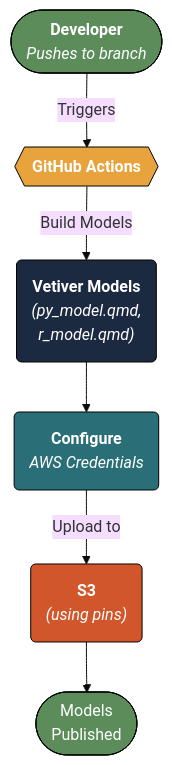
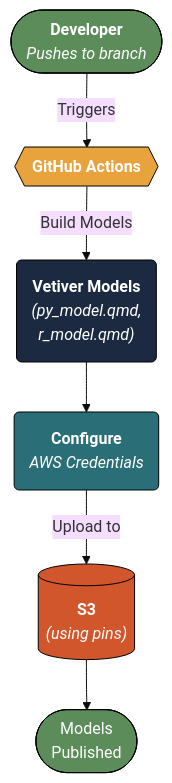
The first of 2 diagrams in gha-s3.qmd (mjfrigaard/do4ds-labs), drawn with Mermaid before and after one commit. The commit also changed 28 other files, not shown here.

Commit message:
updates to mermaids

````diff
--- a/gha-s3.qmd
+++ b/gha-s3.qmd
@@ -29,22 +29,22 @@
 ```{mermaid}
 %%| fig-cap: 'GitHub Actions Automated Deployment'
 %%| fig-width: 7.0
 %%| fig-align: 'center'
 %%{init: {'theme': 'base', 'themeVariables': {'fontFamily': 'monospace'}}}%%
 
 graph TD
     Push(["<strong>Developer</strong><br/><em>Pushes to branch</em>"]) 
     GHA{{"<strong>GitHub Actions</strong>"}}
     Push --Triggers--> GHA
     GHA --"Build Models"--> Build("<strong>Vetiver Models</strong><br/><em>(py_model.qmd, <br>r_model.qmd)</em>")
     Build --> Auth("<strong>Configure</strong><br><em>AWS Credentials</em>")
-    Auth --"Upload to"--> S3("<strong>S3</strong><br/><em>(using pins)</em>")
+    Auth --"Upload to"--> S3[("<strong>S3</strong><br/><em>(using pins)</em>")]
     S3 --> Success(["Models<br/>Published"])
 
     style Push fill:#5B8C5A,stroke:#000000,stroke-width:1px,color:#ffffff
     style GHA fill:#E8A33D,stroke:#000000,stroke-width:1px,color:#ffffff
     style Build fill:#1B2A41,stroke:#000000,stroke-width:1px,color:#ffffff
     style Auth fill:#2A6F77,stroke:#000000,stroke-width:1px,color:#ffffff
     style S3 fill:#D2562B,stroke:#000000,stroke-width:1px,color:#ffffff
     style Success fill:#5B8C5A,stroke:#000000,stroke-width:1px,color:#ffffff
 ```
````
